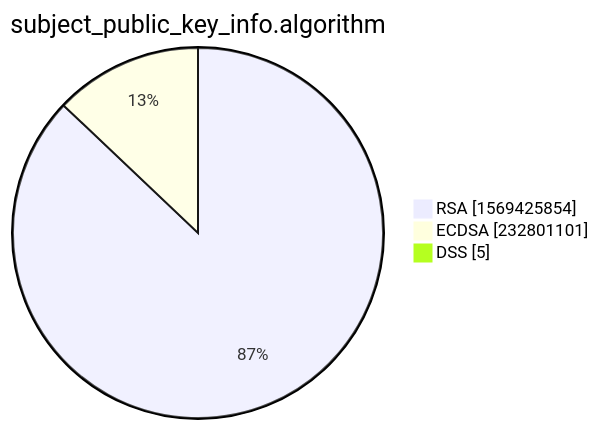
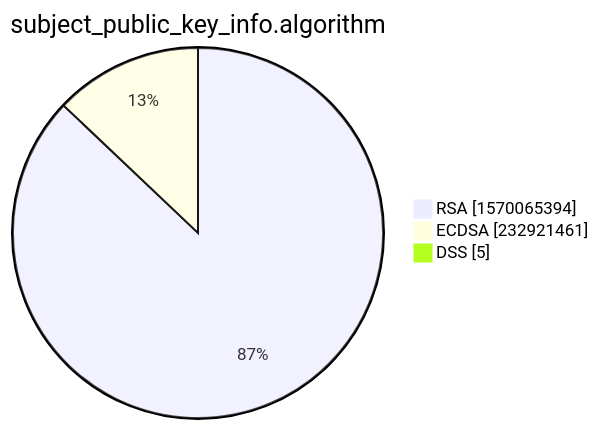
Before and after one commit to christiankrug/ctmonitor_visualization: the third of 15 diagrams in xenon2022/README.md, drawn with Mermaid. The commit also changed other lines of this file, not shown here.

````diff
--- a/xenon2022/README.md
+++ b/xenon2022/README.md
@@ -14,7 +14,7 @@
 ```mermaid
 pie showData
 title subject_public_key_info.algorithm
-"RSA" :1569425854
-"ECDSA" :232801101
+"RSA" :1570065394
+"ECDSA" :232921461
 "DSS" :5
 ```
````
